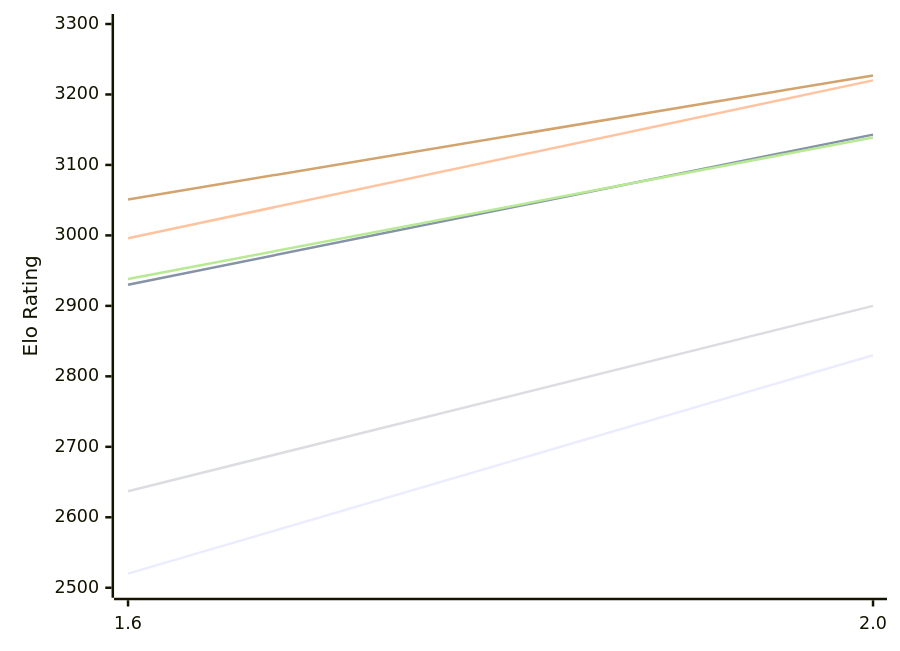
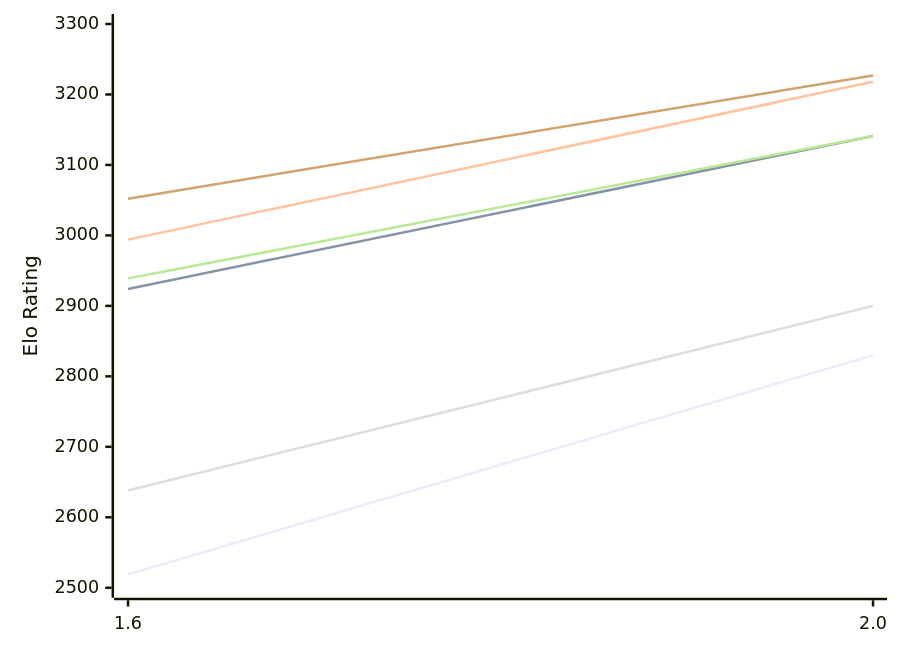
Before and after one commit to computer-chess-index/cci: the first of 2 diagrams in engines/Onyx.md, drawn with Mermaid. The commit also changed other lines of this file, not shown here.

Commit message:
Update CCI Ratings (ELO VLTC) - 2026-11-28

````diff
--- a/engines/Onyx.md
+++ b/engines/Onyx.md
@@ -50,12 +50,12 @@
 ```mermaid
 %%{init: {"theme":"base","themeVariables":{"seriesColors:['#a3a3a3','#222221','#faa371']}}}%%
 xychart-beta
   x-axis ["1.6", "2.0"]
   y-axis "Elo Rating" 2500 --> 3300
-  line "E1: STC (8.0+0.08s)" [2520, 2830]
-  line "E1: LTC (60.0+0.60s)" [2930, 3143]
-  line "E1: VLTC (2m24s+1.12s)" [2996, 3220]
-  line "P1: STC (8.0+0.08s)" [2637, 2900]
-  line "P1: LTC (60.0+0.60s)" [2938, 3139]
-  line "P1: VLTC (2m24s+1.12s)" [3051, 3227]
+  line "E1: STC (8.0+0.08s)" [2519, 2830]
+  line "E1: LTC (60.0+0.60s)" [2924, 3141]
+  line "E1: VLTC (2m24s+1.12s)" [2994, 3218]
+  line "P1: STC (8.0+0.08s)" [2638, 2900]
+  line "P1: LTC (60.0+0.60s)" [2939, 3141]
+  line "P1: VLTC (2m24s+1.12s)" [3052, 3227]
 ```
````
